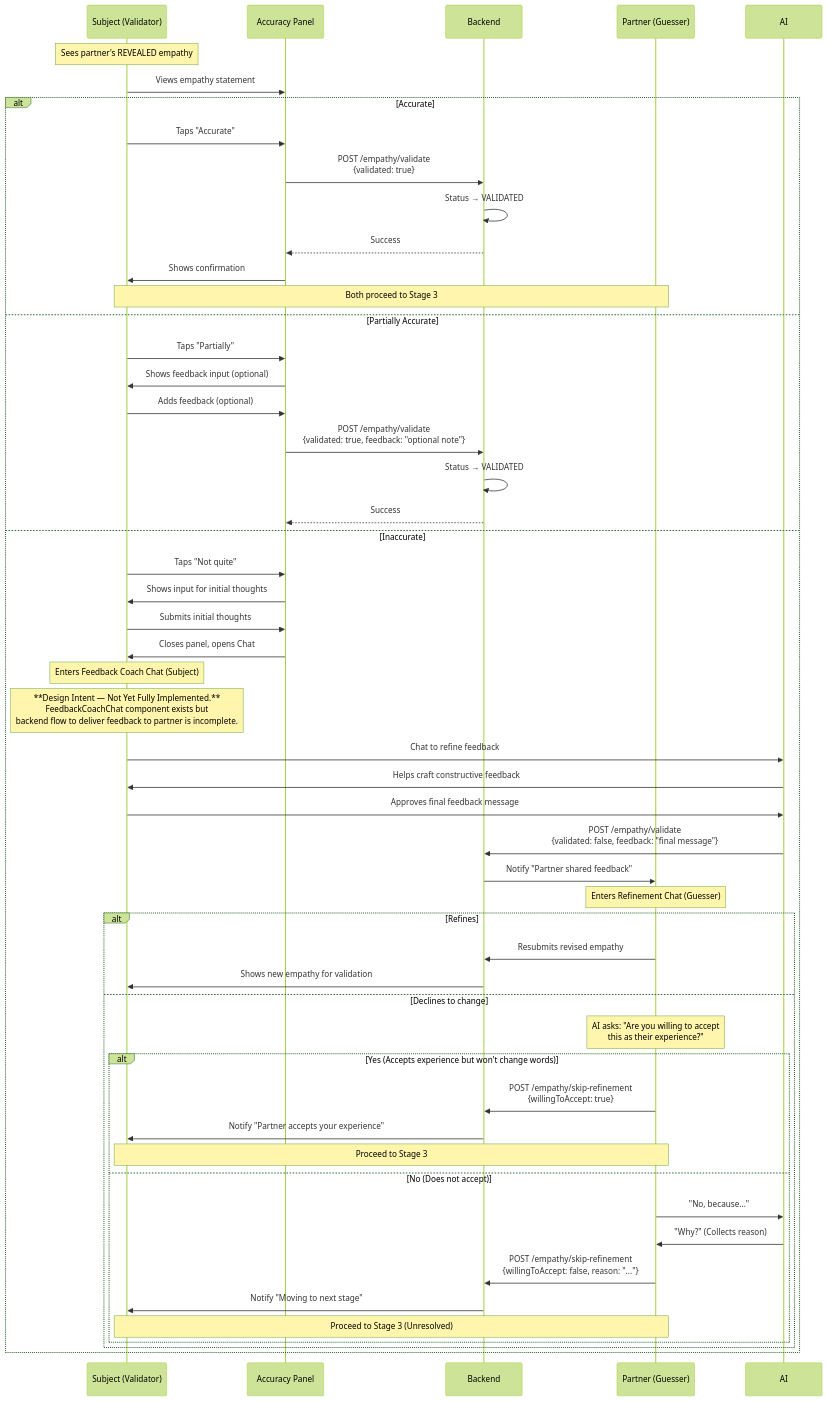
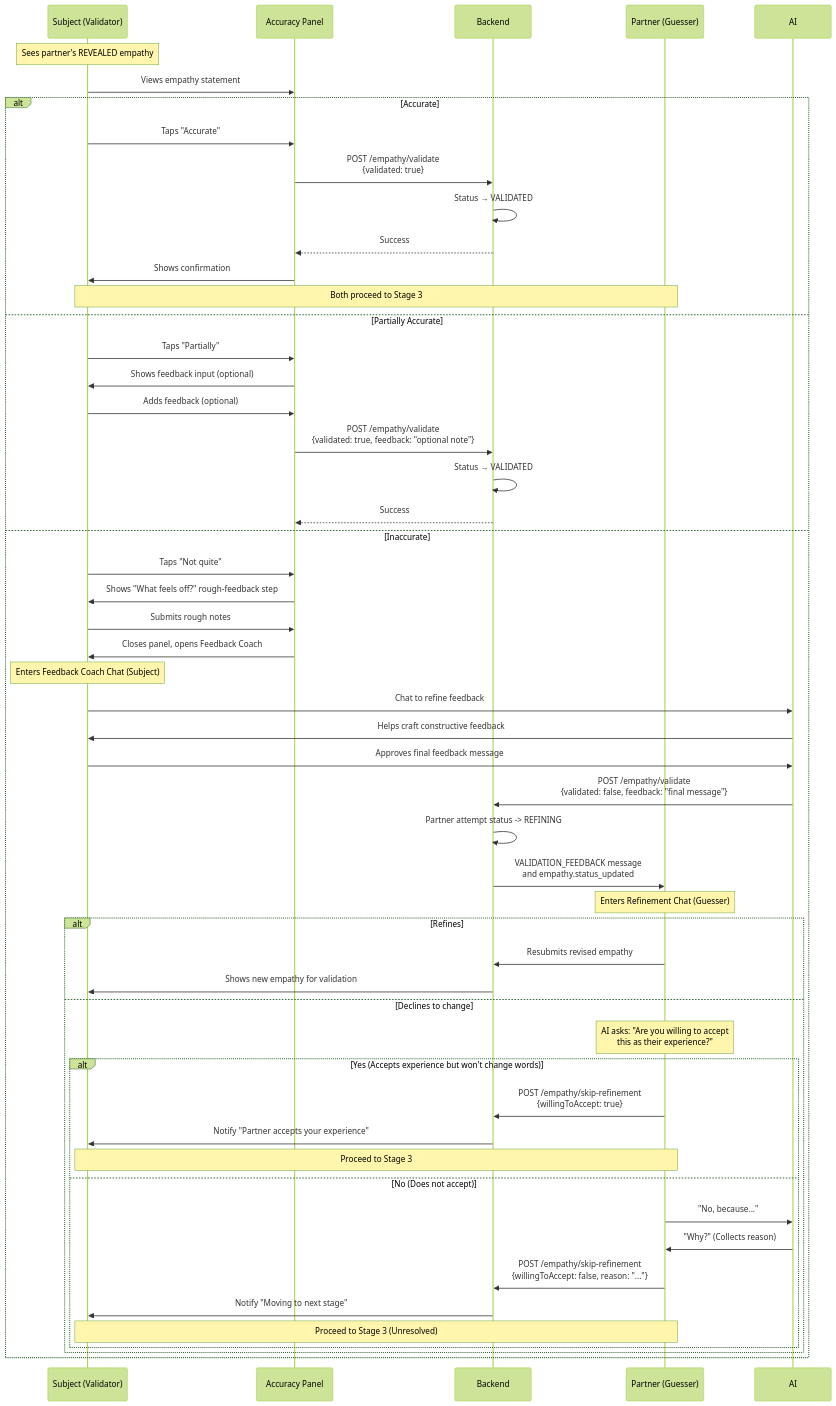
The third of 3 diagrams in docs/diagrams/accuracy-feedback-flow.md (shantamg/meet-without-fear), drawn with Mermaid (forest theme) before and after one commit. The commit also changed other lines of this file and 32 other files, not shown here.

Commit message:
implement stage 2 feedback coach flow

````diff
--- a/docs/diagrams/accuracy-feedback-flow.md
+++ b/docs/diagrams/accuracy-feedback-flow.md
@@ -96,60 +88,60 @@
 ```mermaid
 sequenceDiagram
     participant User as Subject (Validator)
     participant Panel as Accuracy Panel
     participant API as Backend
     participant Partner as Partner (Guesser)
 
     Note over User: Sees partner's REVEALED empathy
 
     User->>Panel: Views empathy statement
 
     alt Accurate
         User->>Panel: Taps "Accurate"
         Panel->>API: POST /empathy/validate<br/>{validated: true}
         API->>API: Status → VALIDATED
         API-->>Panel: Success
         Panel->>User: Shows confirmation
         Note over User,Partner: Both proceed to Stage 3
     else Partially Accurate
         User->>Panel: Taps "Partially"
         Panel->>User: Shows feedback input (optional)
         User->>Panel: Adds feedback (optional)
         Panel->>API: POST /empathy/validate<br/>{validated: true, feedback: "optional note"}
         API->>API: Status → VALIDATED
         API-->>Panel: Success
     else Inaccurate
         User->>Panel: Taps "Not quite"
-        Panel->>User: Shows input for initial thoughts
-        User->>Panel: Submits initial thoughts
-        Panel->>User: Closes panel, opens Chat
+        Panel->>User: Shows "What feels off?" rough-feedback step
+        User->>Panel: Submits rough notes
+        Panel->>User: Closes panel, opens Feedback Coach
         Note over User: Enters Feedback Coach Chat (Subject)
-        Note over User: **Design Intent — Not Yet Fully Implemented.**<br/>FeedbackCoachChat component exists but<br/>backend flow to deliver feedback to partner is incomplete.
 
         User->>AI: Chat to refine feedback
         AI->>User: Helps craft constructive feedback
         User->>AI: Approves final feedback message
 
         AI->>API: POST /empathy/validate<br/>{validated: false, feedback: "final message"}
-        API->>Partner: Notify "Partner shared feedback"
+        API->>API: Partner attempt status -> REFINING
+        API->>Partner: VALIDATION_FEEDBACK message<br/>and empathy.status_updated
 
         Note over Partner: Enters Refinement Chat (Guesser)
         alt Refines
             Partner->>API: Resubmits revised empathy
             API->>User: Shows new empathy for validation
         else Declines to change
             Note over Partner: AI asks: "Are you willing to accept<br/>this as their experience?"
             alt Yes (Accepts experience but won't change words)
                 Partner->>API: POST /empathy/skip-refinement<br/>{willingToAccept: true}
                 API->>User: Notify "Partner accepts your experience"
                 Note over User,Partner: Proceed to Stage 3
             else No (Does not accept)
                 Partner->>AI: "No, because..."
                 AI->>Partner: "Why?" (Collects reason)
                 Partner->>API: POST /empathy/skip-refinement<br/>{willingToAccept: false, reason: "..."}
                 API->>User: Notify "Moving to next stage"
                 Note over User,Partner: Proceed to Stage 3 (Unresolved)
             end
         end
     end
 ```
````
